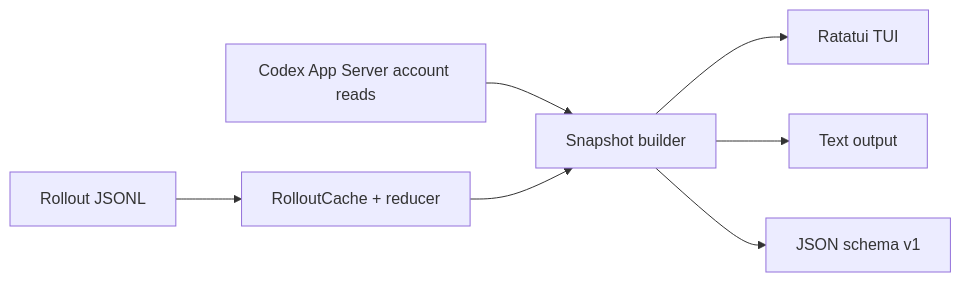
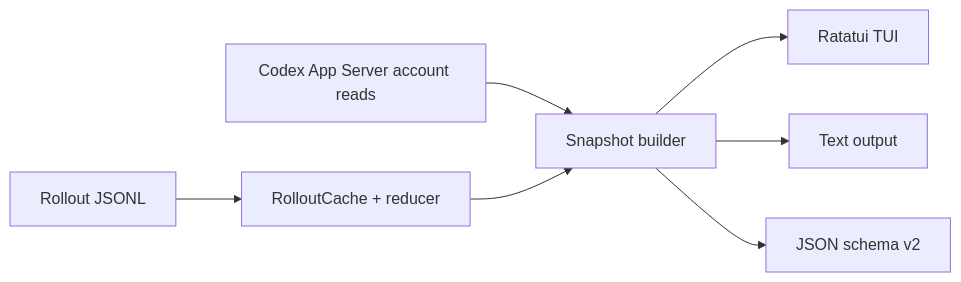
One commit to ghostroller/codex-usage-monit changed the diagram in docs/implementation-plan.md. Above: the diagram before and after it, drawn with Mermaid. The commit also changed other lines of this file and 17 other files, not shown here.

````diff
--- a/docs/implementation-plan.md
+++ b/docs/implementation-plan.md
@@ -20,9 +20,9 @@
 ```mermaid
 flowchart LR
   A["Codex App Server account reads"] --> D["Snapshot builder"]
   B["Rollout JSONL"] --> C["RolloutCache + reducer"]
   C --> D
   D --> E["Ratatui TUI"]
   D --> F["Text output"]
-  D --> G["JSON schema v1"]
+  D --> G["JSON schema v2"]
 ```
````
